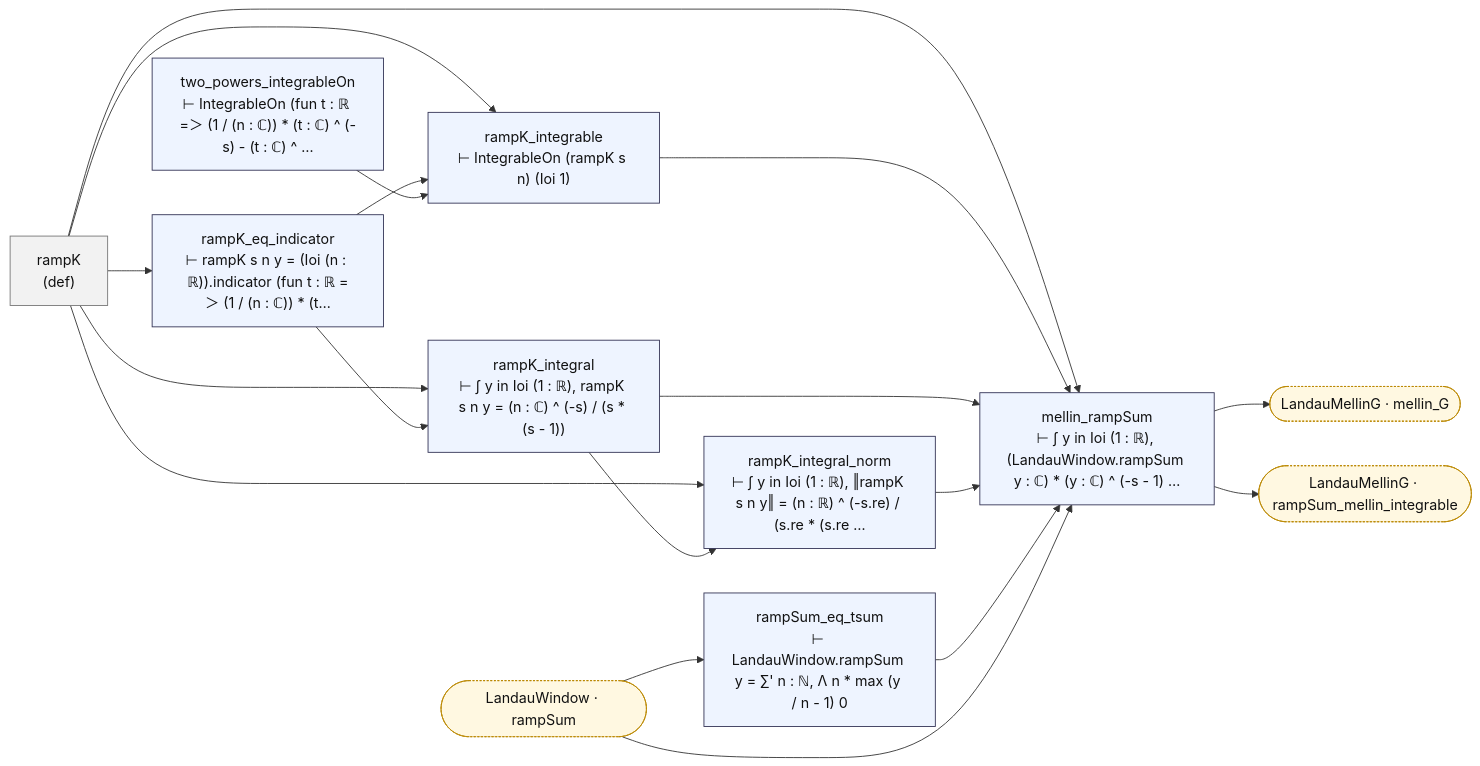
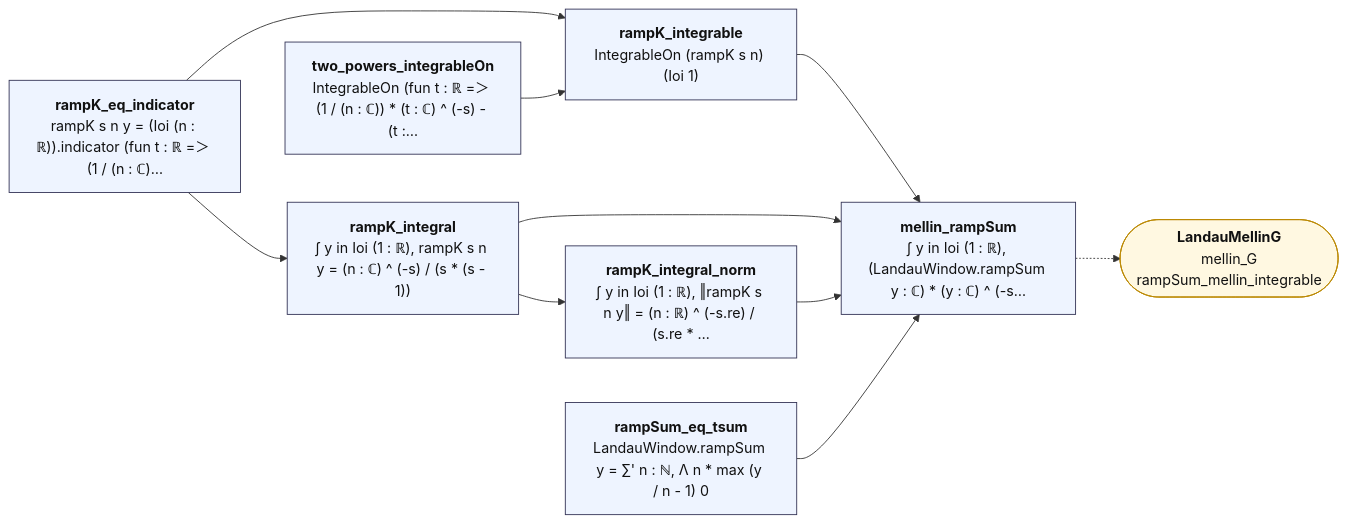
One commit to juliansambranojr/Primebeat_081426 changed the diagram in map/lean_stage3/LandauMellin.md. Above: the diagram before and after it, drawn with Mermaid. The commit also changed other lines of this file and 387 other files, not shown here.

````diff
--- a/map/lean_stage3/LandauMellin.md
+++ b/map/lean_stage3/LandauMellin.md
@@ -8,37 +12,25 @@
 ```mermaid
 flowchart LR
-  n0["rampK<br/>(def)"]:::dfn
-  n1["rampK_eq_indicator<br/>⊢ rampK s n y = (Ioi (n : ℝ)).indicator (fun t : ℝ =＞ (1 / (n : ℂ)) * (t…"]:::thm
-  n2["two_powers_integrableOn<br/>⊢ IntegrableOn (fun t : ℝ =＞ (1 / (n : ℂ)) * (t : ℂ) ^ (-s) - (t : ℂ) ^ …"]:::thm
-  n3["rampK_integrable<br/>⊢ IntegrableOn (rampK s n) (Ioi 1)"]:::thm
-  n4["rampK_integral<br/>⊢ ∫ y in Ioi (1 : ℝ), rampK s n y = (n : ℂ) ^ (-s) / (s * (s - 1))"]:::thm
-  n5["rampK_integral_norm<br/>⊢ ∫ y in Ioi (1 : ℝ), ‖rampK s n y‖ = (n : ℝ) ^ (-s.re) / (s.re * (s.re …"]:::thm
-  n6["rampSum_eq_tsum<br/>⊢ LandauWindow.rampSum y = ∑' n : ℕ, Λ n * max (y / n - 1) 0"]:::thm
-  n7["mellin_rampSum<br/>⊢ ∫ y in Ioi (1 : ℝ), (LandauWindow.rampSum y : ℂ) * (y : ℂ) ^ (-s - 1) …"]:::thm
-  x0(["LandauMellinG · mellin_G"]):::ext
-  x1(["LandauMellinG · rampSum_mellin_integrable"]):::ext
-  x2(["LandauWindow · rampSum"]):::ext
-  n0 --> n1
+  n0["<b>rampK_eq_indicator</b><br/>rampK s n y = (Ioi (n : ℝ)).indicator (fun t : ℝ =＞ (1 / (n : ℂ)…"]:::thm
+  n1["<b>two_powers_integrableOn</b><br/>IntegrableOn (fun t : ℝ =＞ (1 / (n : ℂ)) * (t : ℂ) ^ (-s) - (t :…"]:::thm
+  n2["<b>rampK_integrable</b><br/>IntegrableOn (rampK s n) (Ioi 1)"]:::thm
+  n3["<b>rampK_integral</b><br/>∫ y in Ioi (1 : ℝ), rampK s n y = (n : ℂ) ^ (-s) / (s * (s - 1))"]:::thm
+  n4["<b>rampK_integral_norm</b><br/>∫ y in Ioi (1 : ℝ), ‖rampK s n y‖ = (n : ℝ) ^ (-s.re) / (s.re * …"]:::thm
+  n5["<b>rampSum_eq_tsum</b><br/>LandauWindow.rampSum y = ∑' n : ℕ, Λ n * max (y / n - 1) 0"]:::thm
+  n6["<b>mellin_rampSum</b><br/>∫ y in Ioi (1 : ℝ), (LandauWindow.rampSum y : ℂ) * (y : ℂ) ^ (-s…"]:::thm
+  x0(["<b>LandauMellinG</b><br/>mellin_G<br/>rampSum_mellin_integrable"]):::ext
+  n0 --> n2
   n0 --> n3
-  n0 --> n4
-  n0 --> n5
-  n0 --> n7
-  n1 --> n3
-  n1 --> n4
-  n2 --> n3
-  n3 --> n7
-  n4 --> n5
-  n4 --> n7
-  n5 --> n7
-  n6 --> n7
-  n7 --> x0
-  n7 --> x1
-  x2 --> n6
-  x2 --> n7
+  n1 --> n2
+  n2 --> n6
+  n3 --> n4
+  n3 --> n6
+  n4 --> n6
+  n5 --> n6
+  n6 -.-> x0
   classDef thm fill:#eef4ff,stroke:#335,color:#111
-  classDef dfn fill:#f2f2f2,stroke:#777,color:#111
   classDef end_ fill:#e7f7e7,stroke:#2a7,color:#111,stroke-width:2px
   classDef lone fill:#fff,stroke:#999,color:#111,stroke-dasharray:4 3
   classDef bad fill:#ffe5e5,stroke:#c22,color:#111,stroke-width:2px
-  classDef ext fill:#fff8e1,stroke:#b80,color:#111,stroke-dasharray:2 2
+  classDef ext fill:#fff8e1,stroke:#b80,color:#111
 ```
````
